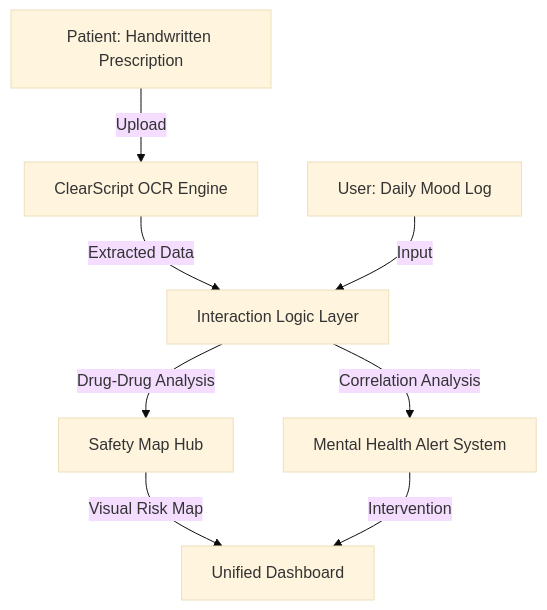
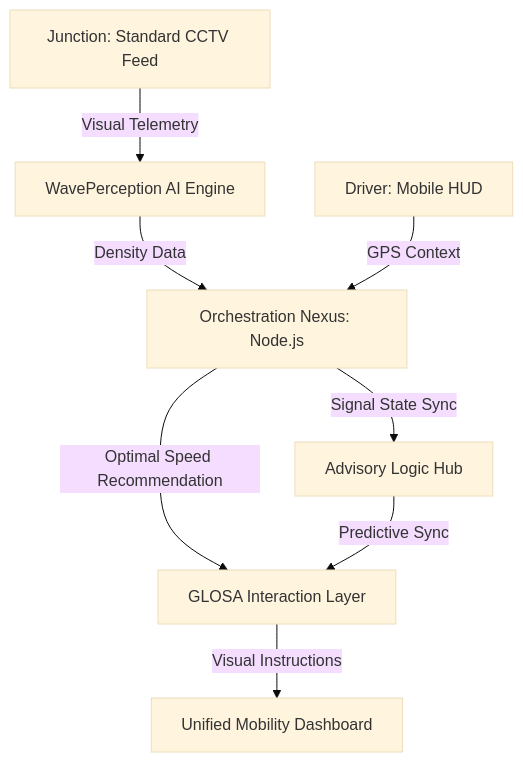
One commit to ashishh-tech/GLOSA-BHARAT changed the diagram in README.md. Above: the diagram before and after it, drawn with Mermaid (base theme). The commit also changed other lines of this file and 2 other files, not shown here.

Commit message:
Upgrade README and Docs to Premium Layout 2.0 (GLOSA-BHARAT)

````diff
--- a/README.md
+++ b/README.md
@@ -57,10 +57,10 @@
 ```mermaid
 graph TD
-    A[Patient: Handwritten Prescription] -->|Upload| B[ClearScript OCR Engine]
-    B -->|Extracted Data| C[Interaction Logic Layer]
-    C -->|Drug-Drug Analysis| D[Safety Map Hub]
-    E[User: Daily Mood Log] -->|Input| C
-    C -->|Correlation Analysis| F[Mental Health Alert System]
-    D -->|Visual Risk Map| G[Unified Dashboard]
-    F -->|Intervention| G
+    A[Junction: Standard CCTV Feed] -->|Visual Telemetry| B[WavePerception AI Engine]
+    B -->|Density Data| C[Orchestration Nexus: Node.js]
+    C -->|Signal State Sync| D[Advisory Logic Hub]
+    E[Driver: Mobile HUD] -->|GPS Context| C
+    C -->|Optimal Speed Recommendation| F[GLOSA Interaction Layer]
+    D -->|Predictive Sync| F
+    F -->|Visual Instructions| G[Unified Mobility Dashboard]
 ```
````
